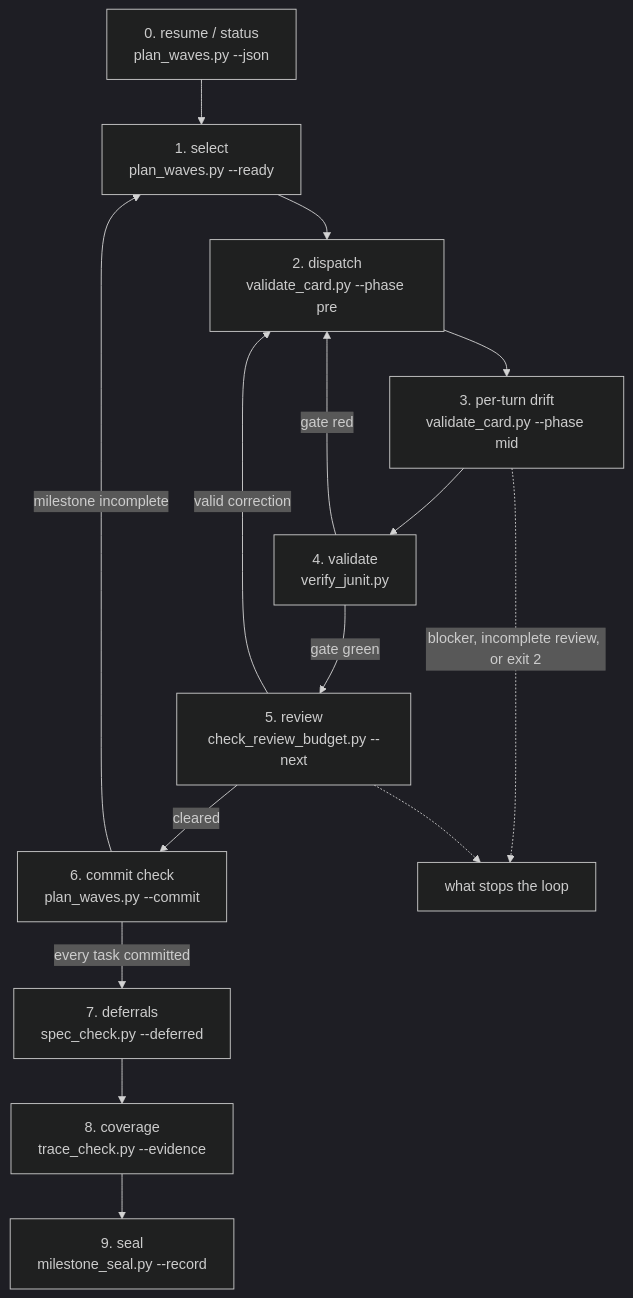
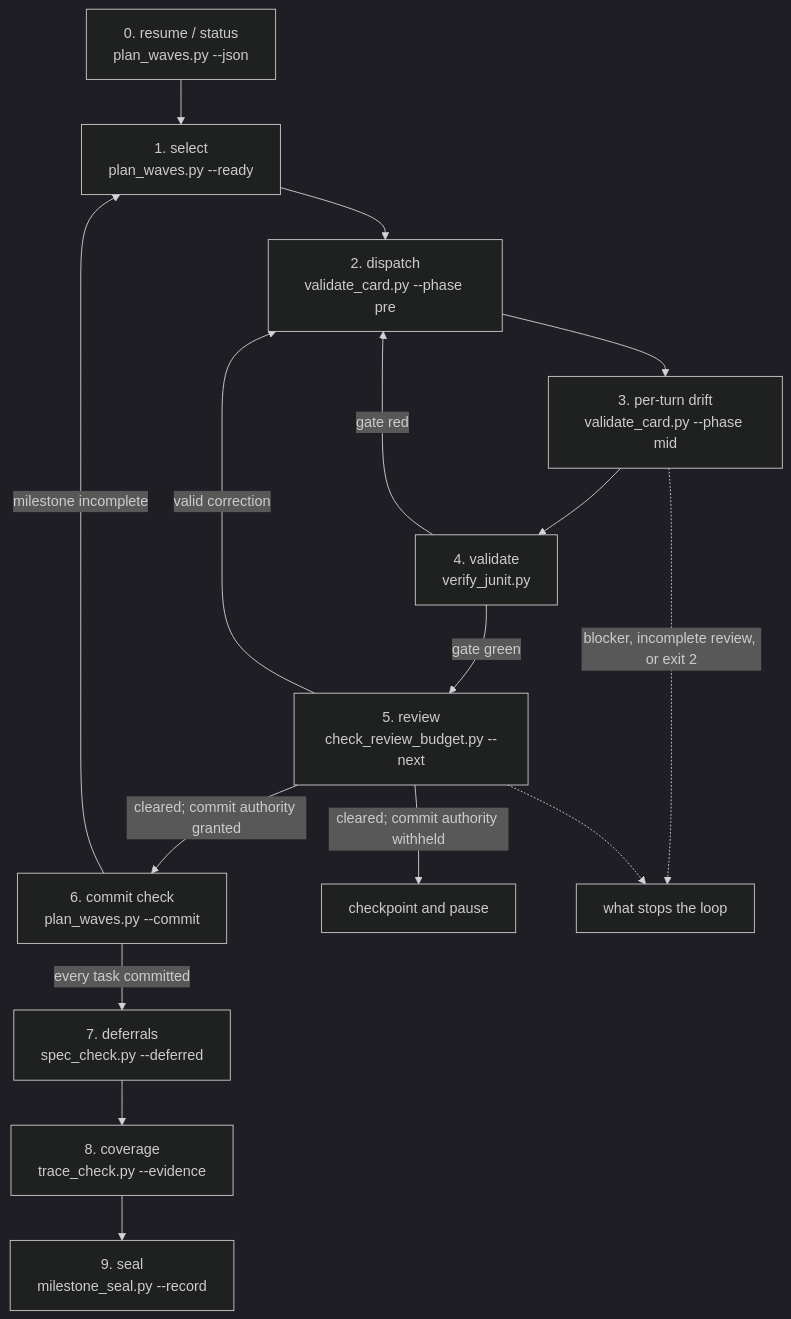
One commit to peeyushchoudhary/agent-toolchain changed the diagram in install/skills/execution-methodology/references/execution-loop.md. Above: the diagram before and after it, drawn with Mermaid (dark theme). The commit also changed other lines of this file and 16 other files, not shown here.

````diff
--- a/install/skills/execution-methodology/references/execution-loop.md
+++ b/install/skills/execution-methodology/references/execution-loop.md
@@ -44,17 +62,18 @@
 ```mermaid
 flowchart TD
     S0["0. resume / status<br/>plan_waves.py --json"] --> S1["1. select<br/>plan_waves.py --ready"]
     S1 --> S2["2. dispatch<br/>validate_card.py --phase pre"]
     S2 --> S3["3. per-turn drift<br/>validate_card.py --phase mid"]
     S3 --> S4["4. validate<br/>verify_junit.py"]
     S4 -- "gate red" --> S2
     S4 -- "gate green" --> S5["5. review<br/>check_review_budget.py --next"]
     S5 -- "valid correction" --> S2
-    S5 -- "cleared" --> S6["6. commit check<br/>plan_waves.py --commit"]
+    S5 -- "cleared; commit authority granted" --> S6["6. commit check<br/>plan_waves.py --commit"]
+    S5 -- "cleared; commit authority withheld" --> PAUSE["checkpoint and pause"]
     S6 -- "milestone incomplete" --> S1
     S6 -- "every task committed" --> S7["7. deferrals<br/>spec_check.py --deferred"]
     S7 --> S8["8. coverage<br/>trace_check.py --evidence"]
     S8 --> S9["9. seal<br/>milestone_seal.py --record"]
     S3 -. "blocker, incomplete review, or exit 2" .-> STOP["what stops the loop"]
     S5 -.-> STOP
 ```
````
